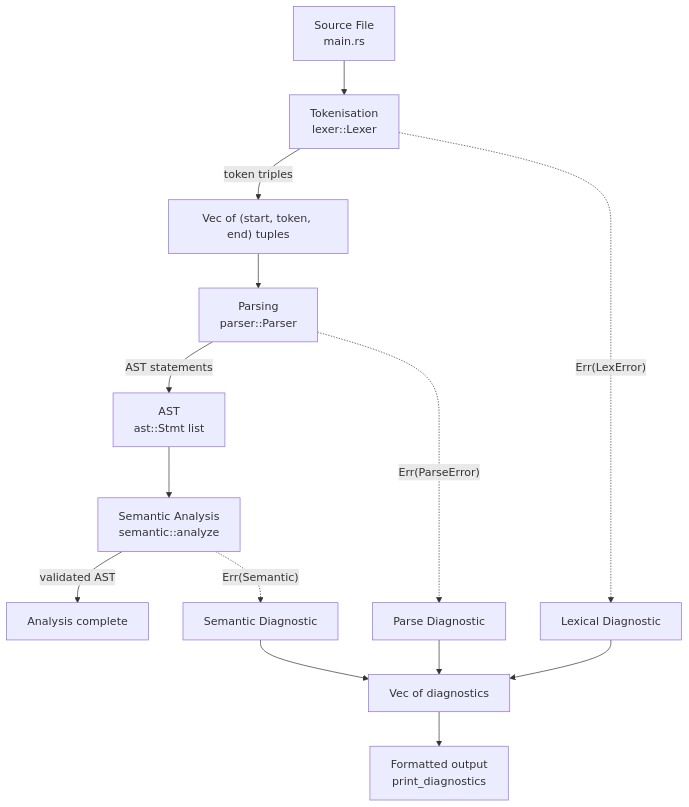
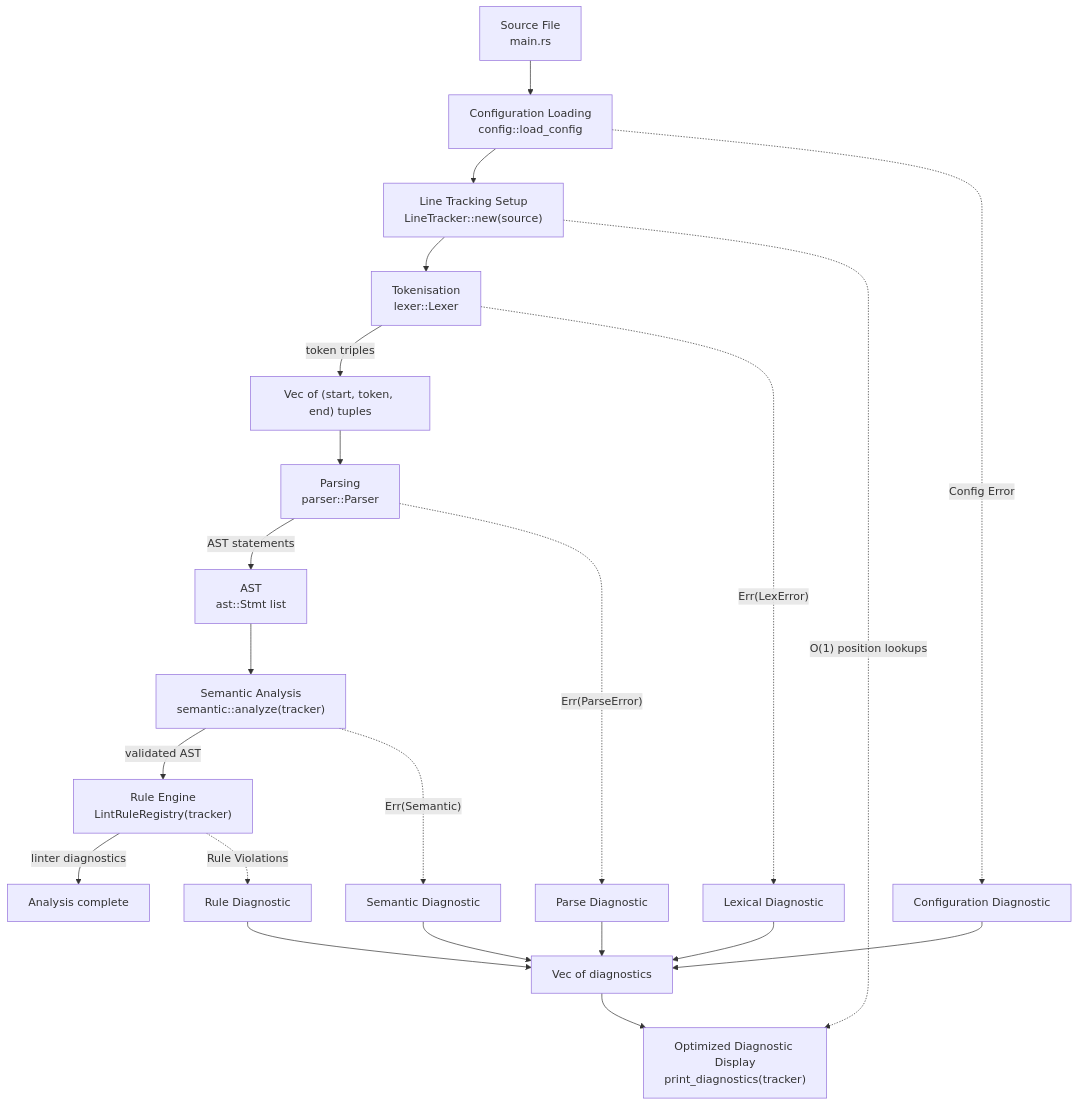
One commit to RuztyCrabs/Blazelint changed the first of 7 diagrams in docs/pipeline_overview.md. Above: the diagram before and after it, drawn with Mermaid. The commit also changed other lines of this file and 13 other files, not shown here.

First line of the commit message:
feat(linter-core): implement global line tracking

````diff
--- a/docs/pipeline_overview.md
+++ b/docs/pipeline_overview.md
@@ -5,18 +5,27 @@
 ```mermaid
 flowchart TD
-    Source["Source File\nmain.rs"] --> Lex["Tokenisation\nlexer::Lexer"]
+    Source["Source File\nmain.rs"] --> Config["Configuration Loading\nconfig::load_config"]
+    Config --> LineTracker["Line Tracking Setup\nLineTracker::new(source)"]
+    LineTracker --> Lex["Tokenisation\nlexer::Lexer"]
     Lex -->|token triples| TokenStream["Vec of (start, token, end) tuples"]
     TokenStream --> Parse["Parsing\nparser::Parser"]
     Parse -->|AST statements| Ast["AST\nast::Stmt list"]
-    Ast --> Sem["Semantic Analysis\nsemantic::analyze"]
-    Sem -->|validated AST| Ready["Analysis complete"]
+    Ast --> Sem["Semantic Analysis\nsemantic::analyze(tracker)"]
+    Sem -->|validated AST| Rules["Rule Engine\nLintRuleRegistry(tracker)"]
+    Rules -->|linter diagnostics| Ready["Analysis complete"]
 
+    Config -. Config Error .-> ConfigDiag[Configuration Diagnostic]
     Lex -. Err(LexError) .-> LexDiag[Lexical Diagnostic]
     Parse -. Err(ParseError) .-> ParseDiag[Parse Diagnostic]
     Sem -. Err(Semantic) .-> SemDiag[Semantic Diagnostic]
+    Rules -. Rule Violations .-> RuleDiag[Rule Diagnostic]
 
-    LexDiag --> Collect["Vec of diagnostics"]
+    ConfigDiag --> Collect["Vec of diagnostics"]
+    LexDiag --> Collect
     ParseDiag --> Collect
     SemDiag --> Collect
-    Collect --> Render["Formatted output\nprint_diagnostics"]
+    RuleDiag --> Collect
+    Collect --> Render["Optimized Diagnostic Display\nprint_diagnostics(tracker)"]
+
+    LineTracker -.->|"O(1) position lookups"| Render
 ```
````
